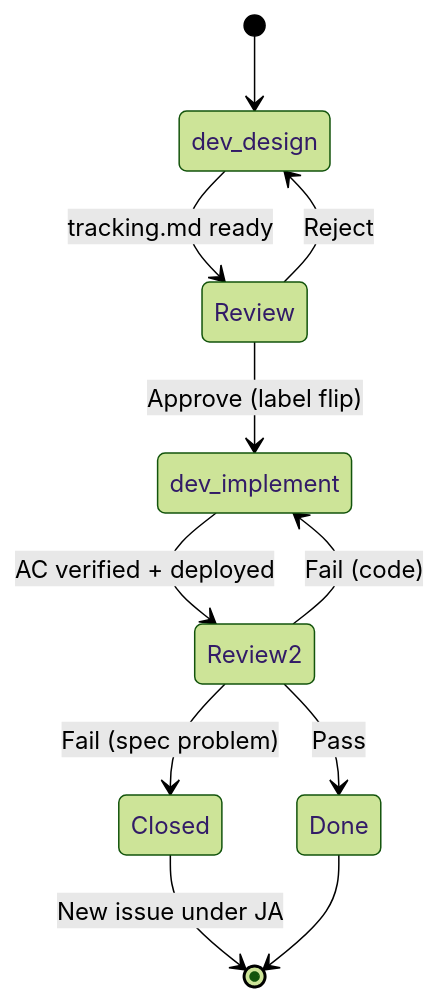
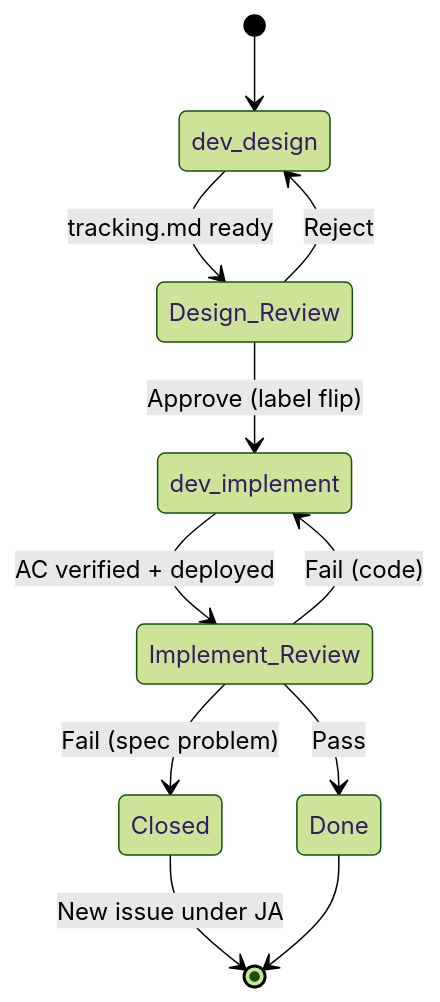
The third of 3 diagrams in global/issue-lifecycle-router.md (MariusWilsch/public-wilsch-ai-pages), drawn with Mermaid (forest theme) before and after one commit. The commit also changed other lines of this file, not shown here.

Commit message:
Sync from hippocampus 2026-04-06

````diff
--- a/global/issue-lifecycle-router.md
+++ b/global/issue-lifecycle-router.md
@@ -186,13 +214,13 @@
 ```mermaid
 stateDiagram-v2
     [*] --> dev_design
-    dev_design --> Review : tracking.md ready
-    Review --> dev_design : Reject
-    Review --> dev_implement : Approve (label flip)
-    dev_implement --> Review2 : AC verified + deployed
-    Review2 --> Done : Pass
-    Review2 --> dev_implement : Fail (code)
-    Review2 --> Closed : Fail (spec problem)
+    dev_design --> Design_Review : tracking.md ready
+    Design_Review --> dev_design : Reject
+    Design_Review --> dev_implement : Approve (label flip)
+    dev_implement --> Implement_Review : AC verified + deployed
+    Implement_Review --> Done : Pass
+    Implement_Review --> dev_implement : Fail (code)
+    Implement_Review --> Closed : Fail (spec problem)
     Closed --> [*] : New issue under JA
     Done --> [*]
 ```
````
